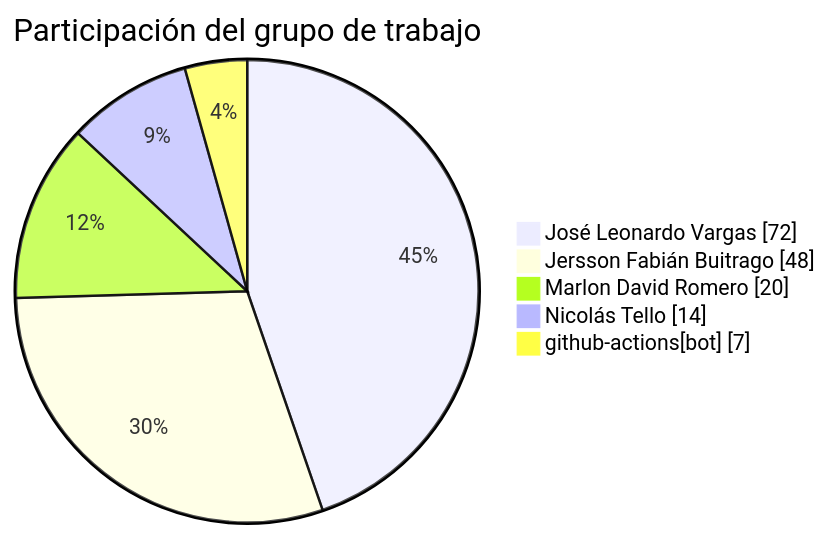
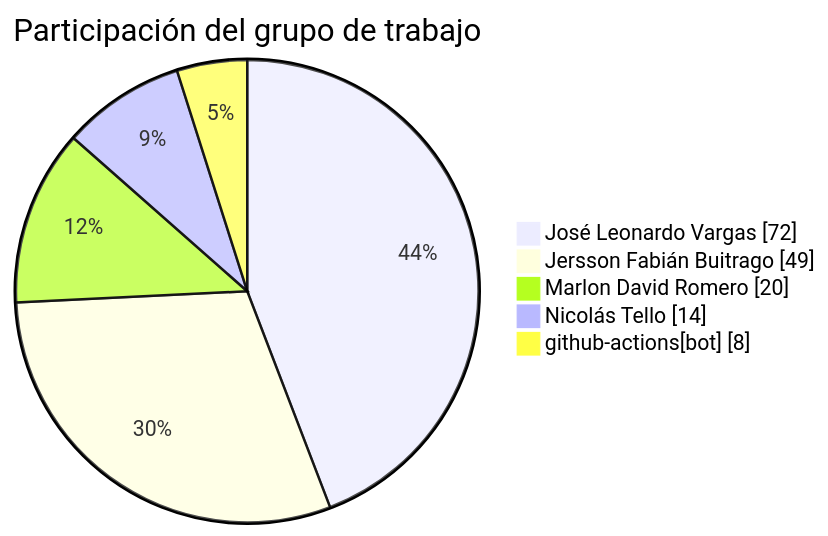
One commit to FarmaExpres/FarmaExpres changed the first of 2 diagrams in README.md. Above: the diagram before and after it, drawn with Mermaid. The commit also changed other lines of this file and 1 other file, not shown here.

````diff
--- a/README.md
+++ b/README.md
@@ -27,9 +27,9 @@
 ```mermaid
 pie showData
     title Participación del grupo de trabajo
     "José Leonardo Vargas" : 72
-    "Jersson Fabián Buitrago" : 48
+    "Jersson Fabián Buitrago" : 49
     "Marlon David Romero" : 20
     "Nicolás Tello" : 14
-    "github-actions[bot]" : 7
+    "github-actions[bot]" : 8
 ```
````
